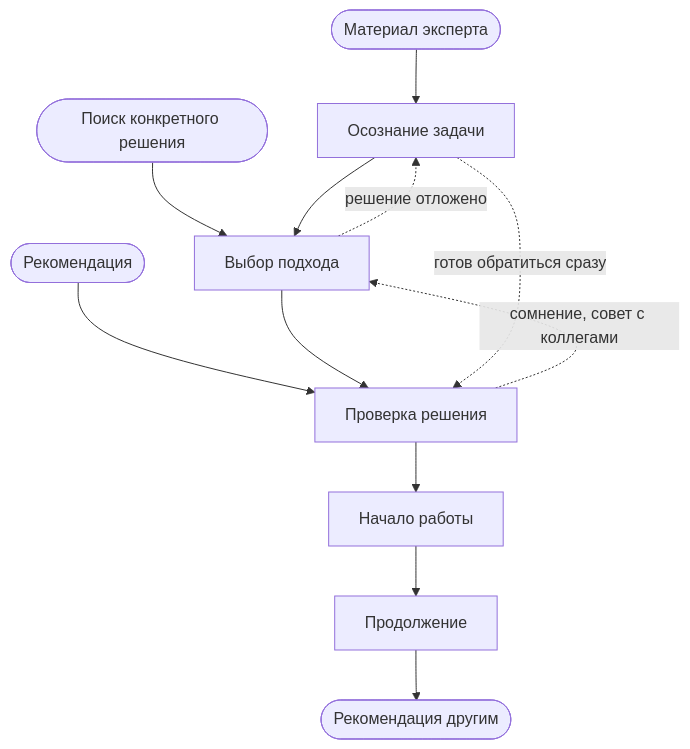
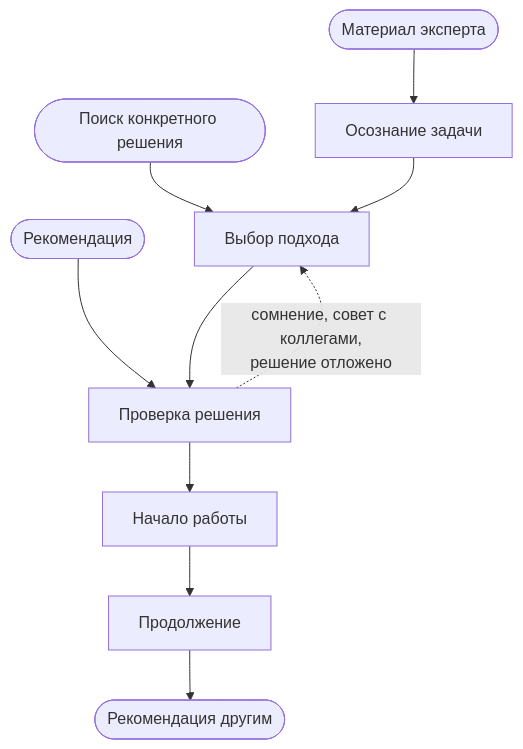
One commit to Hexlet/smm-bible changed the diagram in docs/funnels/customer-journey.md. Above: the diagram before and after it, drawn with Mermaid. The commit also changed 8 other files, not shown here.

First line of the commit message:
Polish Mermaid diagrams and charts

````diff
--- a/docs/funnels/customer-journey.md
+++ b/docs/funnels/customer-journey.md
@@ -57,14 +57,12 @@
 ```mermaid
 flowchart TD
     E1(["Материал эксперта"]) --> S1["Осознание задачи"]
     E2(["Рекомендация"]) --> S3
     E3(["Поиск конкретного решения"]) --> S2
     S1 --> S2["Выбор подхода"]
     S2 --> S3["Проверка решения"]
     S3 --> S4["Начало работы"]
     S4 --> S5["Продолжение"]
     S5 --> REC(["Рекомендация другим"])
-    S3 -. "сомнение, совет с коллегами" .-> S2
-    S2 -. "решение отложено" .-> S1
-    S1 -. "готов обратиться сразу" .-> S3
+    S3 -. "сомнение, совет с коллегами,<br/>решение отложено" .-> S2
 ```
````
